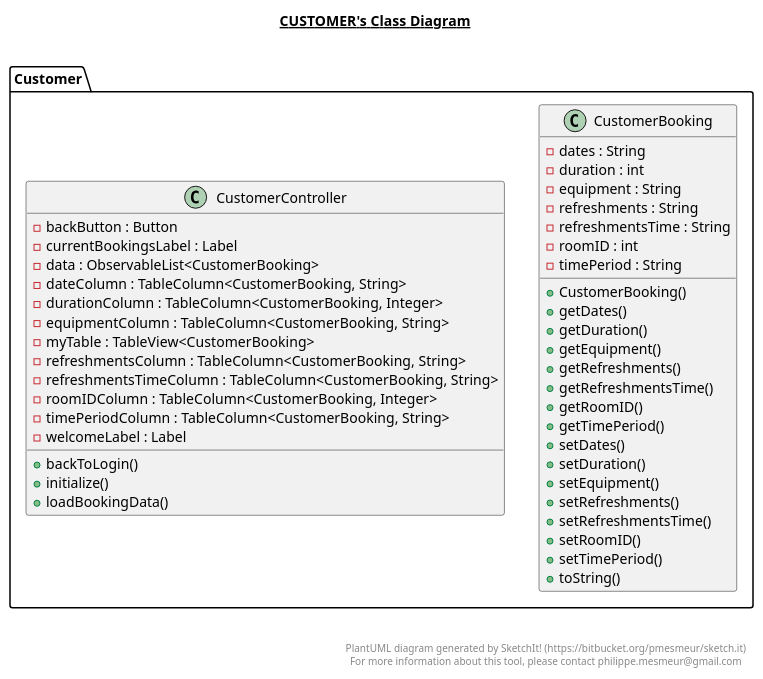
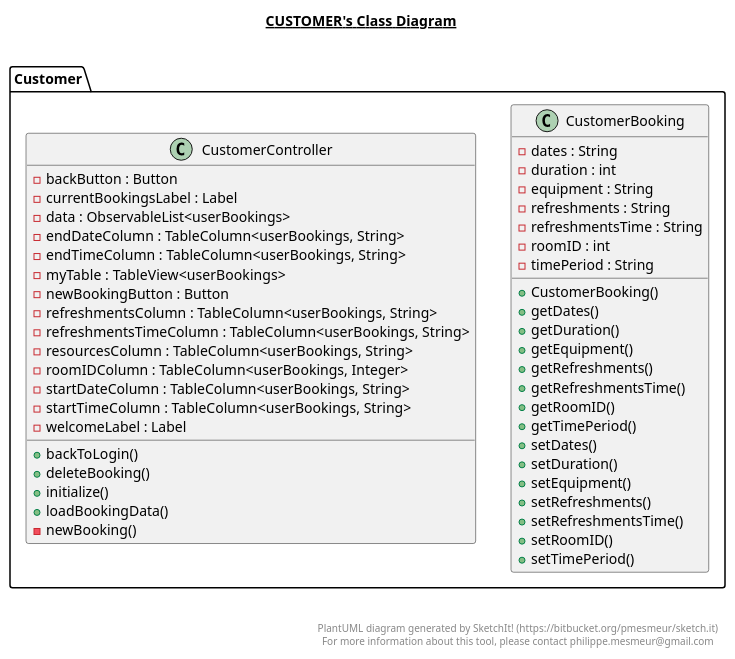
The diagram in out/production/meetingBooking/Customer/Customer.plantuml (hegde-atri/meetingBooking), drawn with PlantUML before and after one commit. The commit also changed 30 other files, not shown here.

```diff
--- a/out/production/meetingBooking/Customer/Customer.plantuml
+++ b/out/production/meetingBooking/Customer/Customer.plantuml
@@ -1,64 +1,67 @@
 @startuml
 
 title __CUSTOMER's Class Diagram__\n
 
   namespace Customer {
     class Customer.CustomerBooking {
         - dates : String
         - duration : int
         - equipment : String
         - refreshments : String
         - refreshmentsTime : String
         - roomID : int
         - timePeriod : String
         + CustomerBooking()
         + getDates()
         + getDuration()
         + getEquipment()
         + getRefreshments()
         + getRefreshmentsTime()
         + getRoomID()
         + getTimePeriod()
         + setDates()
         + setDuration()
         + setEquipment()
         + setRefreshments()
         + setRefreshmentsTime()
         + setRoomID()
         + setTimePeriod()
-        + toString()
     }
   }
   
 
   namespace Customer {
     class Customer.CustomerController {
         - backButton : Button
         - currentBookingsLabel : Label
-        - data : ObservableList<CustomerBooking>
-        - dateColumn : TableColumn<CustomerBooking, String>
-        - durationColumn : TableColumn<CustomerBooking, Integer>
-        - equipmentColumn : TableColumn<CustomerBooking, String>
-        - myTable : TableView<CustomerBooking>
-        - refreshmentsColumn : TableColumn<CustomerBooking, String>
-        - refreshmentsTimeColumn : TableColumn<CustomerBooking, String>
-        - roomIDColumn : TableColumn<CustomerBooking, Integer>
-        - timePeriodColumn : TableColumn<CustomerBooking, String>
+        - data : ObservableList<userBookings>
+        - endDateColumn : TableColumn<userBookings, String>
+        - endTimeColumn : TableColumn<userBookings, String>
+        - myTable : TableView<userBookings>
+        - newBookingButton : Button
+        - refreshmentsColumn : TableColumn<userBookings, String>
+        - refreshmentsTimeColumn : TableColumn<userBookings, String>
+        - resourcesColumn : TableColumn<userBookings, String>
+        - roomIDColumn : TableColumn<userBookings, Integer>
+        - startDateColumn : TableColumn<userBookings, String>
+        - startTimeColumn : TableColumn<userBookings, String>
         - welcomeLabel : Label
         + backToLogin()
+        + deleteBooking()
         + initialize()
         + loadBookingData()
+        - newBooking()
     }
   }
   
 
 
 
 right footer
 
 
 PlantUML diagram generated by SketchIt! (https://bitbucket.org/pmesmeur/sketch.it)
 For more information about this tool, please contact philippe.mesmeur@gmail.com
 endfooter
 
 @enduml
```
